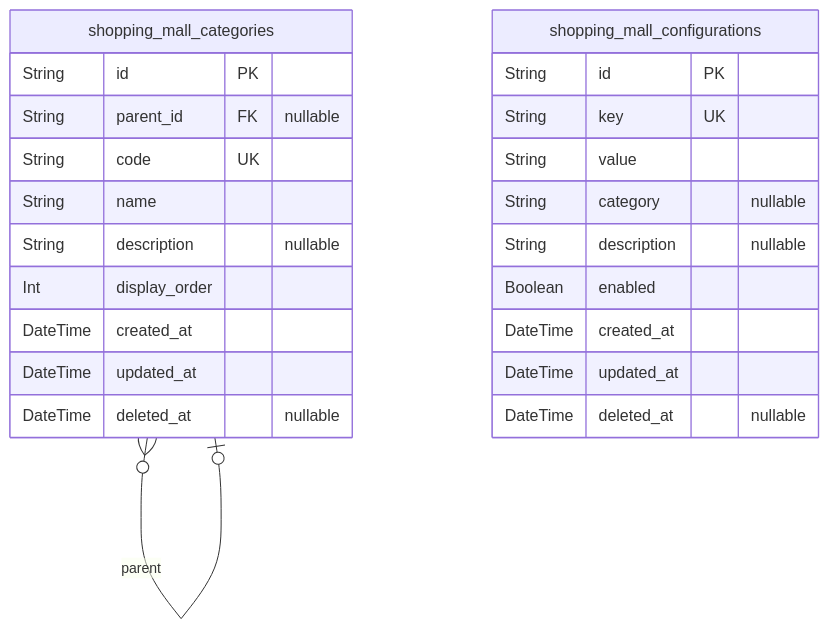
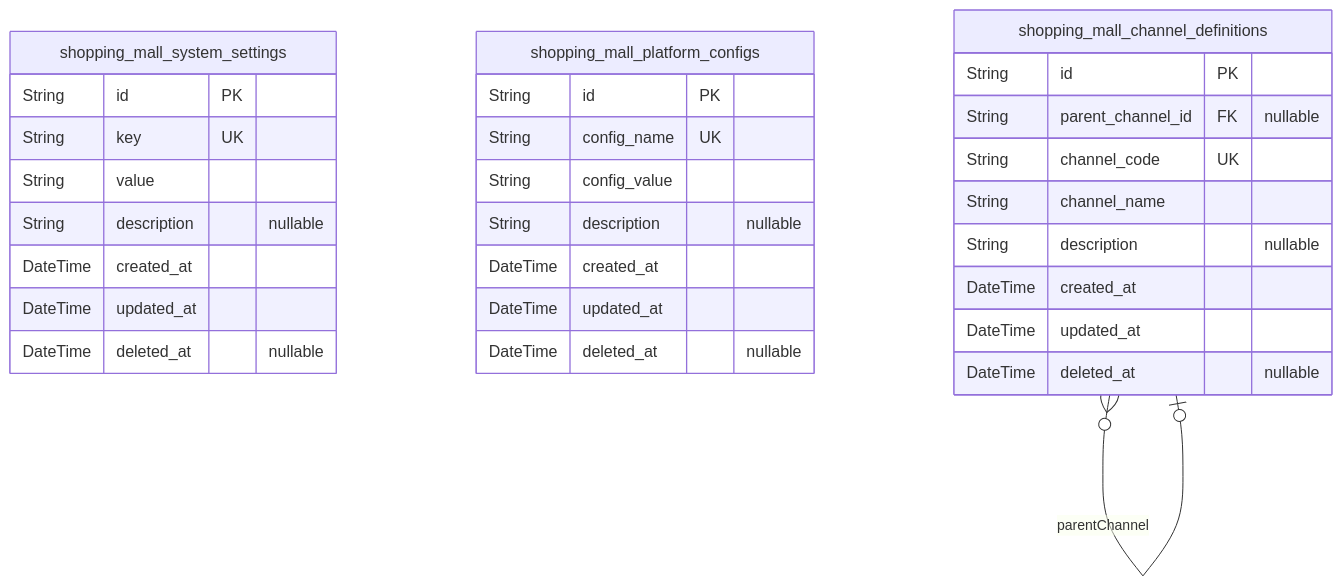
The first of 11 diagrams in openai/gpt-4.1-mini/shopping/docs/ERD.md (wrtnlabs/autobe-examples), drawn with Mermaid before and after one commit. The commit also changed other lines of this file and 16146 other files, not shown here.

````diff
--- a/openai/gpt-4.1-mini/shopping/docs/ERD.md
+++ b/openai/gpt-4.1-mini/shopping/docs/ERD.md
@@ -15,26 +19,32 @@
 ```mermaid
 erDiagram
-"shopping_mall_categories" {
+"shopping_mall_system_settings" {
   String id PK
-  String parent_id FK "nullable"
-  String code UK
-  String name
+  String key UK
+  String value
   String description "nullable"
-  Int display_order
   DateTime created_at
   DateTime updated_at
   DateTime deleted_at "nullable"
 }
-"shopping_mall_configurations" {
+"shopping_mall_platform_configs" {
   String id PK
-  String key UK
-  String value
-  String category "nullable"
+  String config_name UK
+  String config_value
   String description "nullable"
-  Boolean enabled
   DateTime created_at
   DateTime updated_at
   DateTime deleted_at "nullable"
 }
-"shopping_mall_categories" }o--o| "shopping_mall_categories" : parent
+"shopping_mall_channel_definitions" {
+  String id PK
+  String parent_channel_id FK "nullable"
+  String channel_code UK
+  String channel_name
+  String description "nullable"
+  DateTime created_at
+  DateTime updated_at
+  DateTime deleted_at "nullable"
+}
+"shopping_mall_channel_definitions" }o--o| "shopping_mall_channel_definitions" : parentChannel
 ```
````
